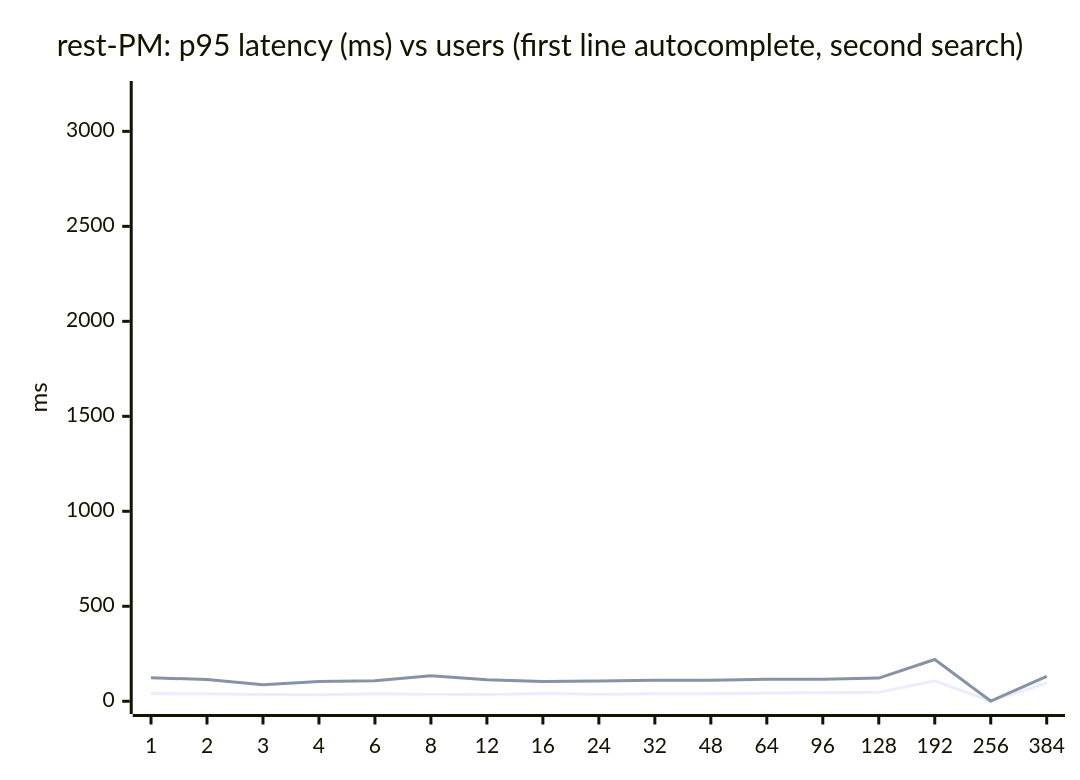
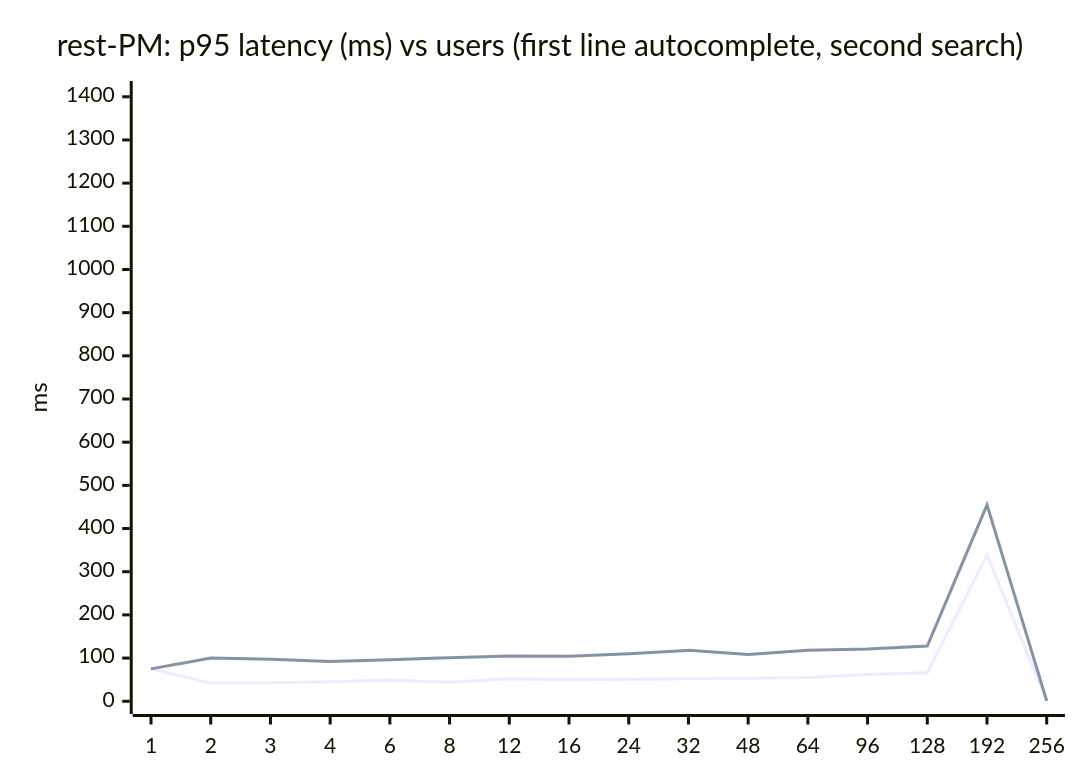
One commit to johnzastrow/pgeo changed diagram 12 of 13 in docs/LOAD_TEST_RESULTS_PGEO.md. Above: the diagram before and after it, drawn with Mermaid. The commit also changed other lines of this file and 3 other files, not shown here.

````diff
--- a/docs/LOAD_TEST_RESULTS_PGEO.md
+++ b/docs/LOAD_TEST_RESULTS_PGEO.md
@@ -350,8 +349,8 @@
 ```mermaid
 xychart-beta
     title "rest-PM: p95 latency (ms) vs users (first line autocomplete, second search)"
-    x-axis [1, 2, 3, 4, 6, 8, 12, 16, 24, 32, 48, 64, 96, 128, 192, 256, 384]
-    y-axis "ms" 0 --> 3198
-    line [41, 39, 35, 34, 39, 37, 36, 41, 37, 40, 39, 43, 45, 47, 107, 1,096, 2,704]
-    line [124, 114, 87, 104, 108, 134, 113, 104, 106, 110, 111, 116, 116, 122, 220, 1,131, 2,908]
+    x-axis [1, 2, 3, 4, 6, 8, 12, 16, 24, 32, 48, 64, 96, 128, 192, 256]
+    y-axis "ms" 0 --> 1407
+    line [75, 42, 43, 45, 49, 44, 52, 50, 51, 52, 53, 55, 62, 66, 339, 1,279]
+    line [75, 100, 97, 92, 96, 101, 105, 104, 110, 118, 108, 118, 121, 128, 455, 1,204]
 ```
````
